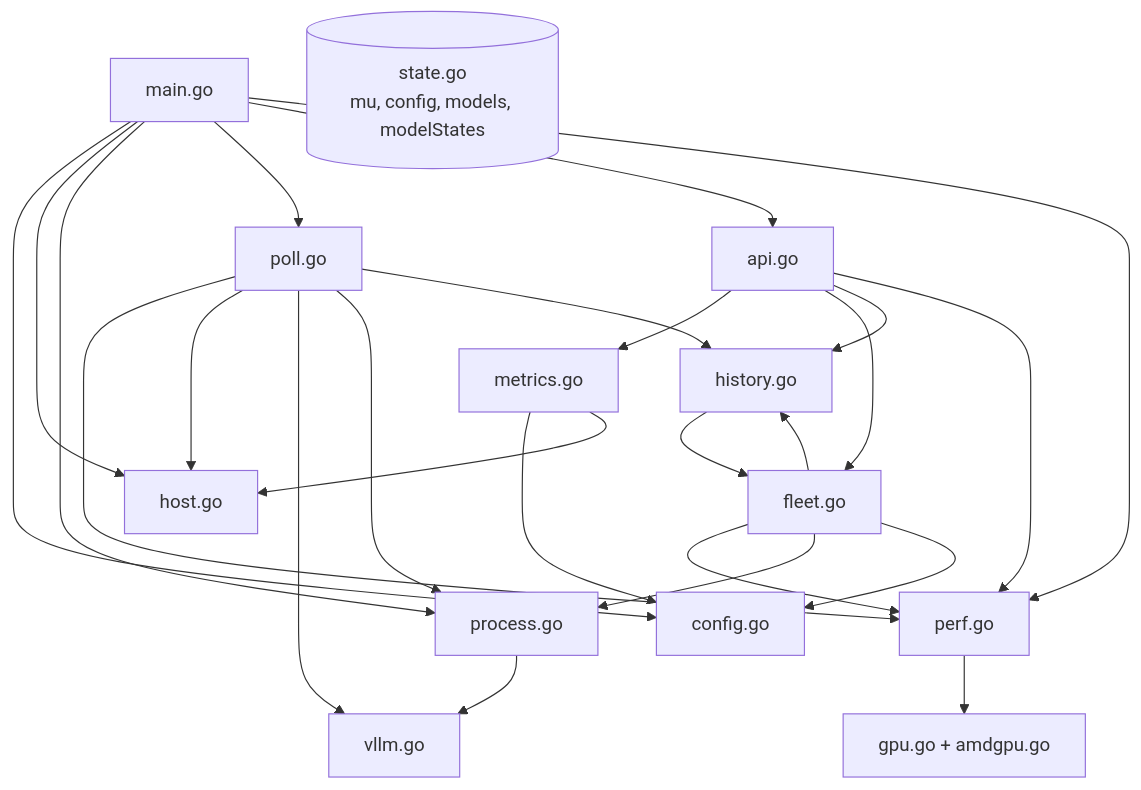
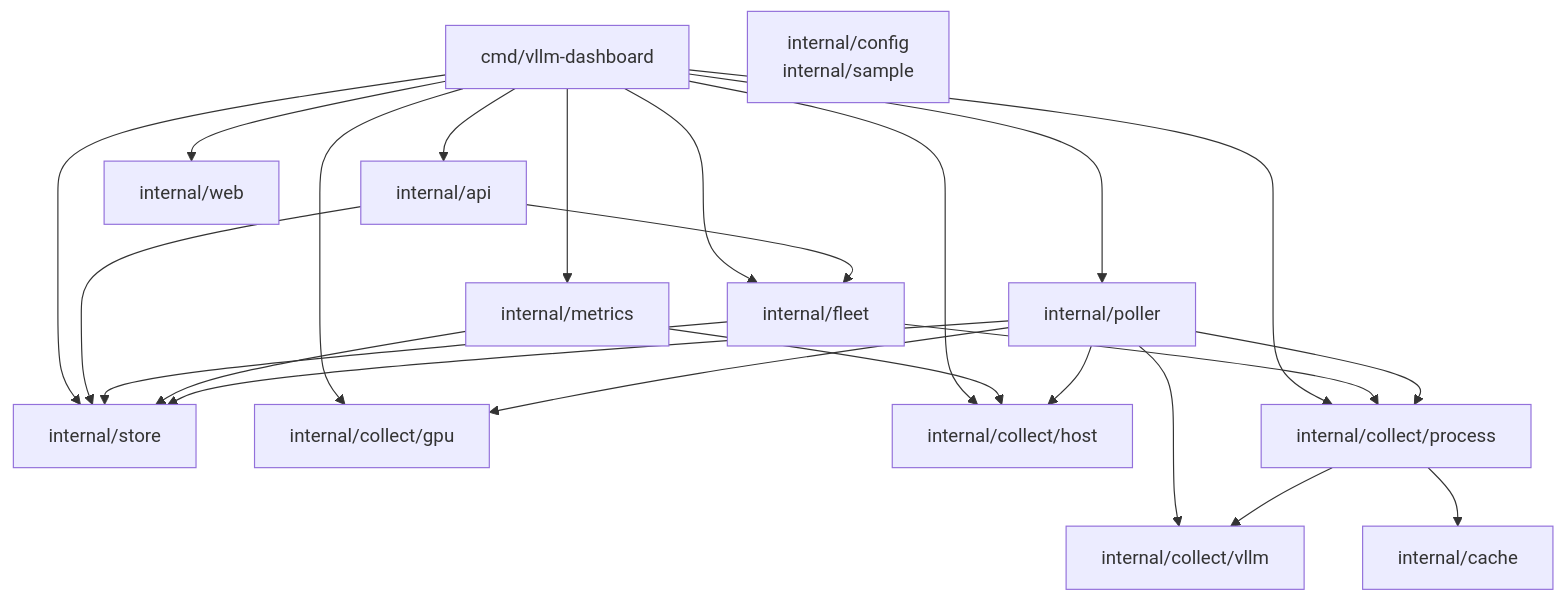
Before and after one commit to awlx/vllm-dashboard: the first of 6 diagrams in docs/architecture.md, drawn with Mermaid. The commit also changed other lines of this file and 73 other files, not shown here.

First line of the commit message:
Move code to cmd/ and internal/ packages (#14)

````diff
--- a/docs/architecture.md
+++ b/docs/architecture.md
@@ -50,28 +57,26 @@
 ```mermaid
 flowchart TB
-  main["main.go"] --> config["config.go"]
-  main --> host["host.go"]
-  main --> process["process.go"]
-  main --> poll["poll.go"]
-  main --> api["api.go"]
-  main --> perf["perf.go"]
-  api --> metrics["metrics.go"]
-  poll --> perf
-  perf --> gpu["gpu.go + amdgpu.go"]
-  poll --> host
-  poll --> vllm["vllm.go"]
-  poll --> process
-  poll --> history["history.go"]
+  main["cmd/vllm-dashboard"] --> api["internal/api"]
+  main --> metrics["internal/metrics"]
+  main --> poller["internal/poller"]
+  main --> web["internal/web"]
+  main --> fleet["internal/fleet"]
+  main --> store["internal/store"]
+  main --> gpu["internal/collect/gpu"]
+  main --> host["internal/collect/host"]
+  main --> process["internal/collect/process"]
+  api --> fleet
+  api --> store
+  fleet --> store
+  fleet --> process
+  metrics --> store
+  metrics --> host
+  poller --> store
+  poller --> gpu
+  poller --> host
+  poller --> vllm["internal/collect/vllm"]
+  poller --> process
   process --> vllm
-  api --> fleet["fleet.go"]
-  api --> history
-  api --> perf
-  fleet --> perf
-  fleet --> history
-  fleet --> process
-  fleet --> config
-  history --> fleet
-  metrics --> config
-  metrics --> host
-  state[("state.go<br/>mu, config, models, modelStates")]
+  process --> cache["internal/cache"]
+  leaf["internal/config<br/>internal/sample"]
 ```
````
